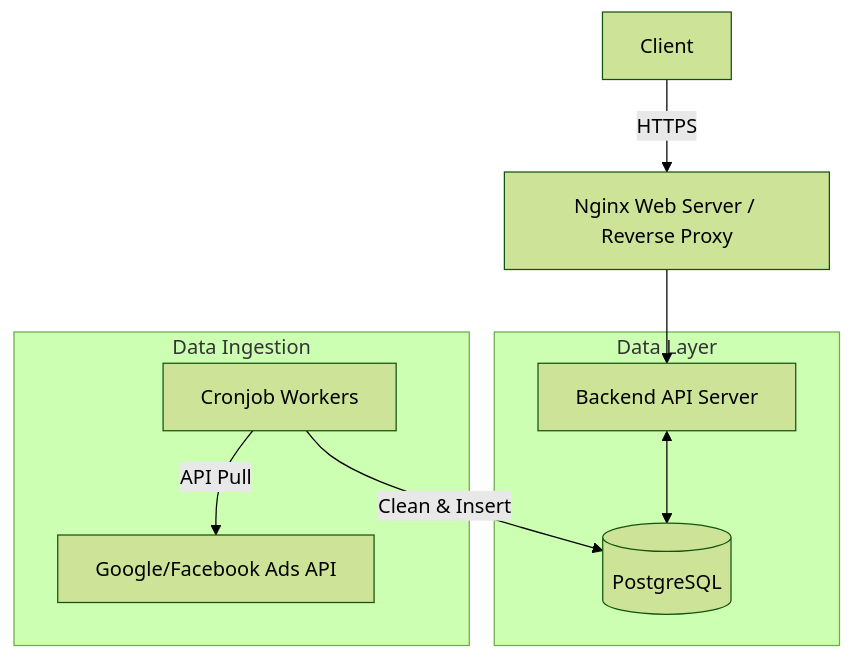
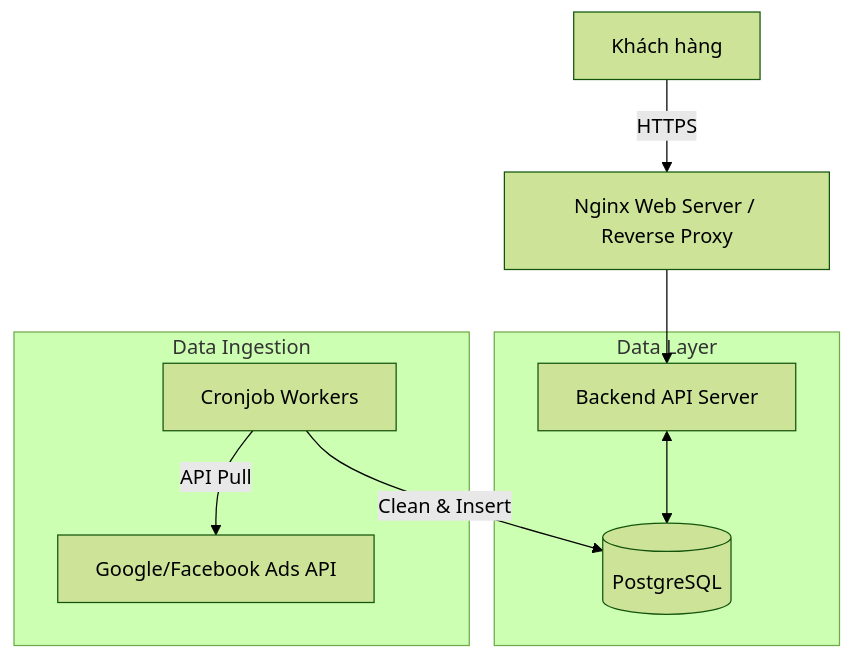
The diagram in src/data/blog/en/56-2026-09-21-designing-a-mid-acale-ad-performance-reporting-system-100-ccu.md (ga2631/ga2631.github.io), drawn with Mermaid (forest theme) before and after one commit. The commit also changed other lines of this file and 230 other files, not shown here.

````diff
--- a/src/data/blog/en/56-2026-09-21-designing-a-mid-acale-ad-performance-reporting-system-100-ccu.md
+++ b/src/data/blog/en/56-2026-09-21-designing-a-mid-acale-ad-performance-reporting-system-100-ccu.md
@@ -32,14 +32,14 @@
 ```mermaid
 graph TD
-    Client[Client] -->|HTTPS| Nginx[Nginx Web Server / Reverse Proxy]
+    Client[Khách hàng] -->|HTTPS| Nginx[Nginx Web Server / Reverse Proxy]
     Nginx --> App[Backend API Server]
 
     subgraph Data Layer
         App <--> DB[(PostgreSQL)]
     end
 
     subgraph Data Ingestion
         Cron[Cronjob Workers] -->|API Pull| AdNetworks[Google/Facebook Ads API]
         Cron -->|Clean & Insert| DB
     end
 ```
````
